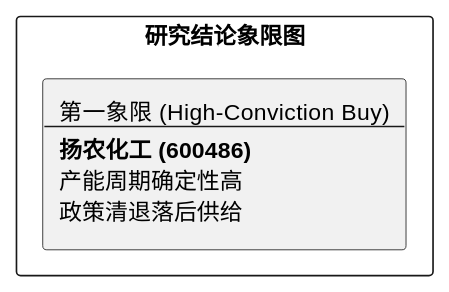
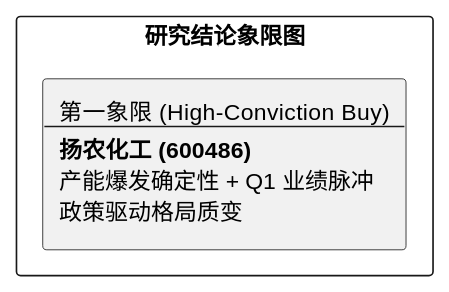
One commit to hrzzzrh/QuantPyLab changed the diagram in investigation/equities/扬农化工/reports/研报章节七：投资摘要与风险因素.md. Above: the diagram before and after it, drawn with PlantUML. The commit also changed other lines of this file and 30 other files, not shown here.

````diff
--- a/investigation/equities/扬农化工/reports/研报章节七：投资摘要与风险因素.md
+++ b/investigation/equities/扬农化工/reports/研报章节七：投资摘要与风险因素.md
@@ -24,7 +24,7 @@
 ```plantuml
 @startuml
 rectangle "研究结论象限图" {
-    rectangle "第一象限 (High-Conviction Buy)\n--\n**扬农化工 (600486)**\n产能周期确定性高\n政策清退落后供给" as Q1
+    rectangle "第一象限 (High-Conviction Buy)\n--\n**扬农化工 (600486)**\n产能爆发确定性 + Q1 业绩脉冲\n政策驱动格局质变" as Q1
 }
 @enduml
 ```
````
